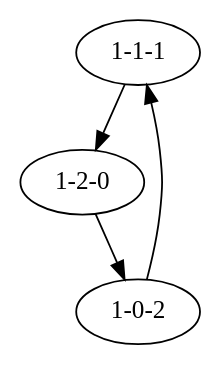
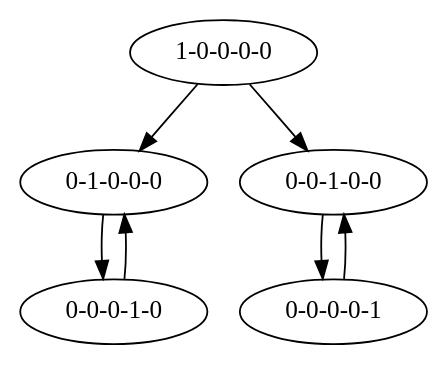
Before and after one commit to SemSSK/petri_to_automata: the diagram in graph.dot, drawn with Graphviz. The commit also changed 6 other files, not shown here.

```diff
--- a/graph.dot
+++ b/graph.dot
@@ -1,6 +1,9 @@
 
     digraph {
-         "1-1-1" -> "1-2-0"
-		 "1-0-2" -> "1-1-1"
-		 "1-2-0" -> "1-0-2"
+         "1-0-0-0-0" -> "0-1-0-0-0";
+ "1-0-0-0-0" -> "0-0-1-0-0"
+		 "0-0-0-1-0" -> "0-1-0-0-0"
+		 "0-0-1-0-0" -> "0-0-0-0-1"
+		 "0-1-0-0-0" -> "0-0-0-1-0"
+		 "0-0-0-0-1" -> "0-0-1-0-0"
     }
```
